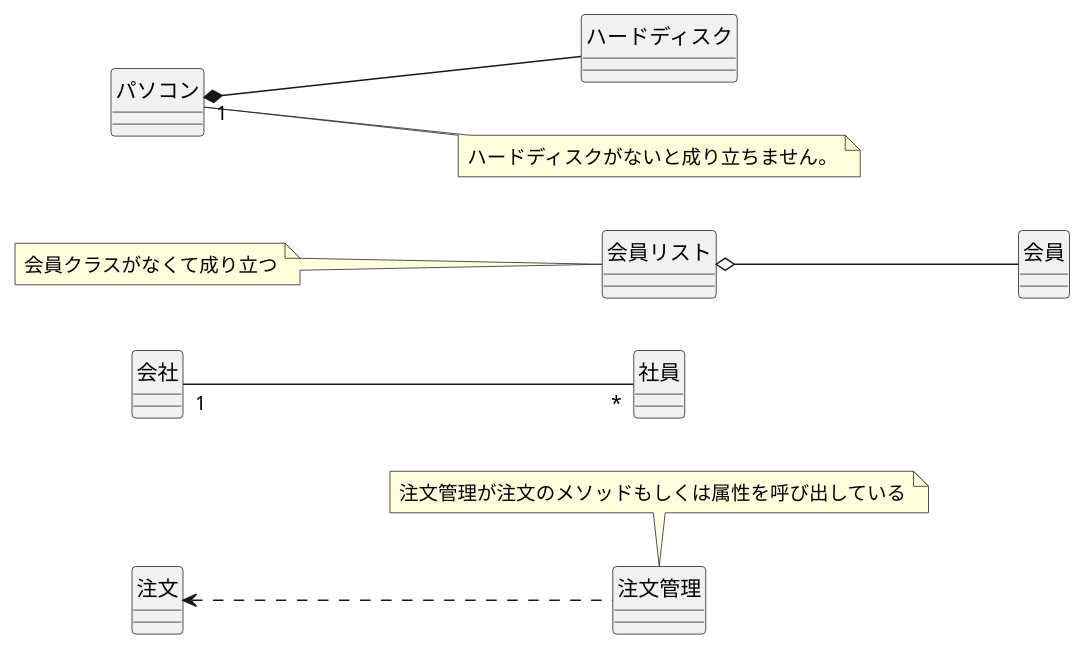
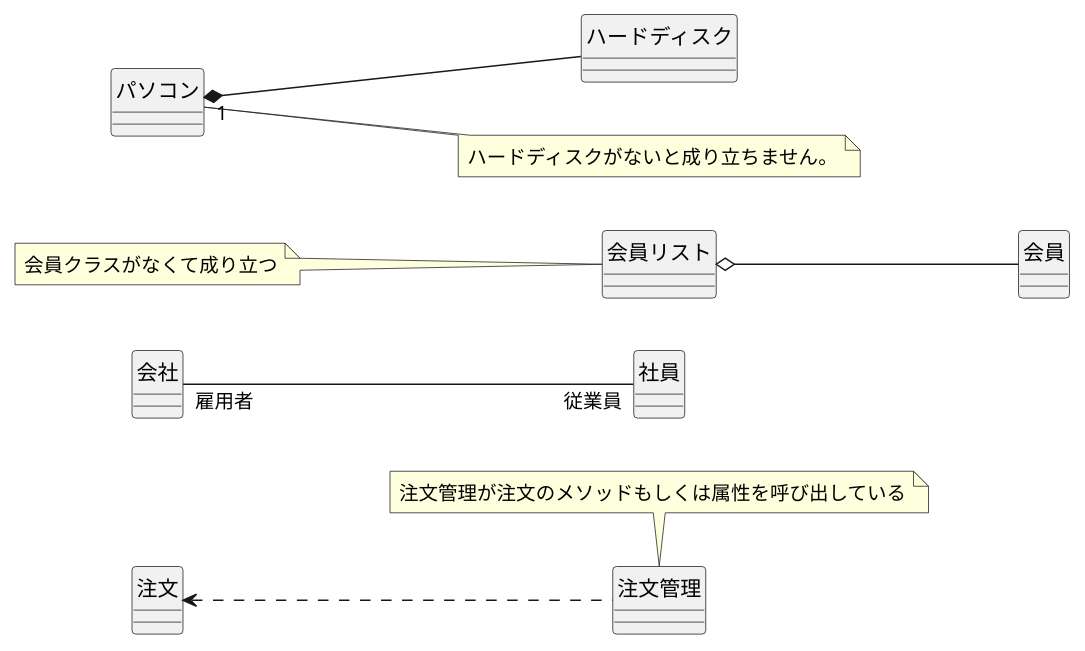
The diagram in 図3-3関連.pu (yoshiokaharuto/uml-introduction), drawn with PlantUML before and after one commit. The commit also changed 3 other files, not shown here.

```diff
--- a/図3-3関連.pu
+++ b/図3-3関連.pu
@@ -1,25 +1,26 @@
 @startuml 関連
     left to right direction
     skinparam classAttributeIconSize 0
     class 会社{}
     class 社員{}
 
     ' 会社 --> 社員: 雇う>
-    会社"1"--"*"社員
+    ' 会社"1"--"*"社員
+    会社"雇用者"--"従業員"社員
     会員リスト o-- 会員
     note left of 会員リスト
     会員クラスがなくて成り立つ
     end note
 
     パソコン "1" *-- ハードディスク
     note right of パソコン
     ハードディスクがないと成り立ちません。
     end note
 
     注文 <.. 注文管理
     note top of 注文管理
     注文管理が注文のメソッドもしくは属性を呼び出している
     end note
 
     hide circle
 @enduml
```
